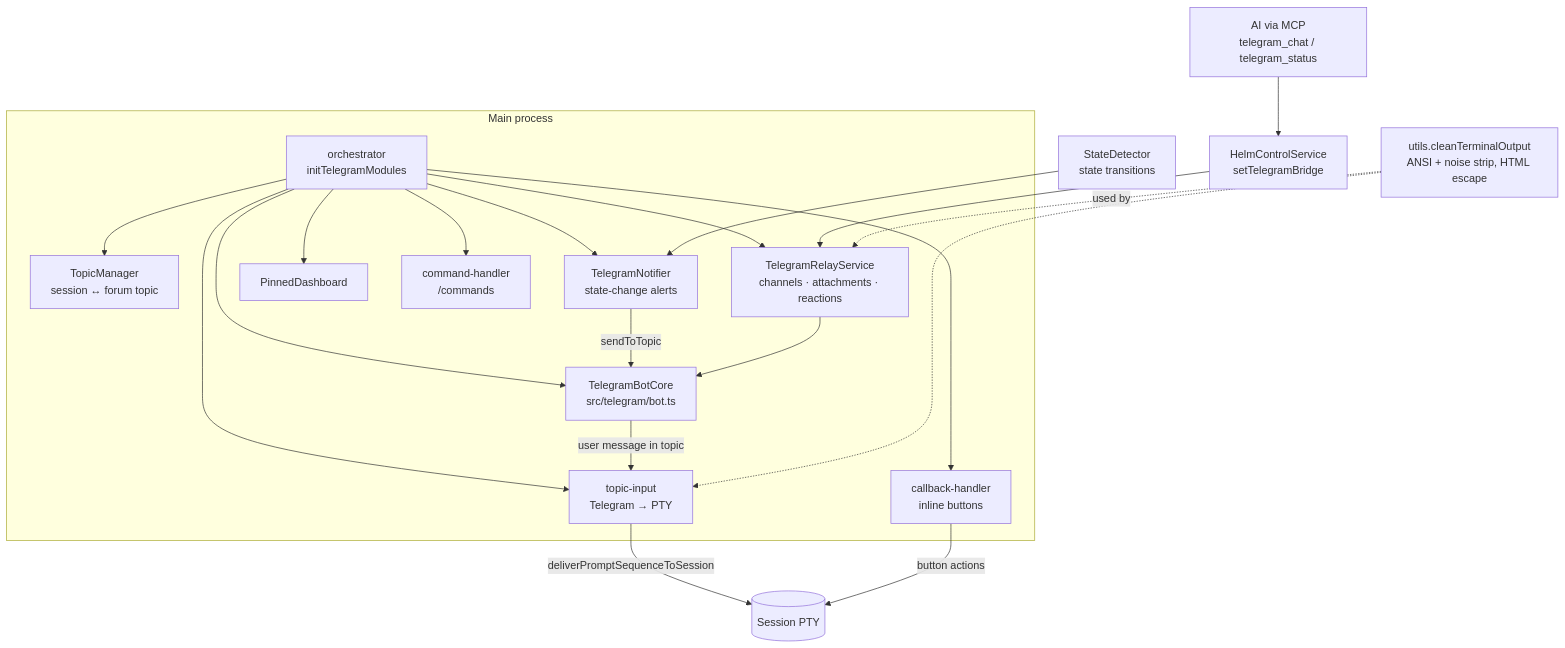
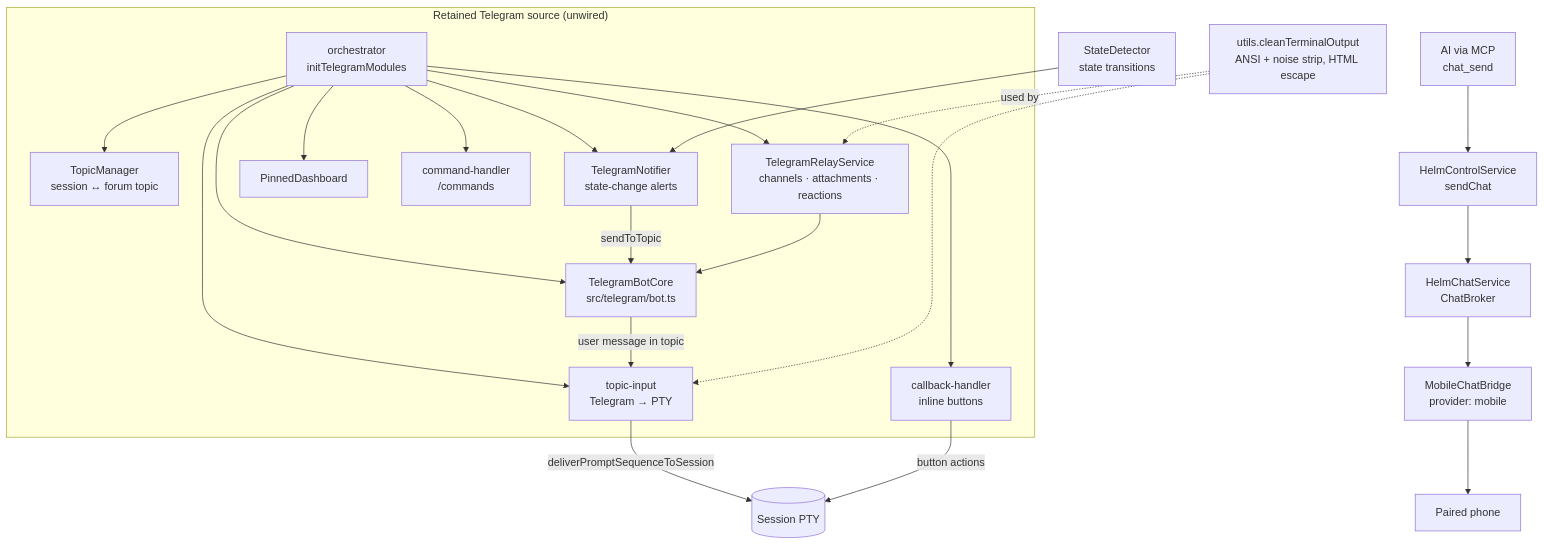
The first of 2 diagrams in docs/telegram-mirror.md (PetePeter/helm), drawn with Mermaid before and after one commit. The commit also changed other lines of this file and 47 other files, not shown here.

First line of the commit message:
refactor(mcp): remove Telegram MCP tools, IPC and preload channels (P-1185)

````diff
--- a/docs/telegram-mirror.md
+++ b/docs/telegram-mirror.md
@@ -35,24 +38,25 @@
 ```mermaid
 graph TB
-    subgraph Main["Main process"]
+    subgraph Main["Retained Telegram source (unwired)"]
         BOT["TelegramBotCore<br/>src/telegram/bot.ts"]
         TM["TopicManager<br/>session ↔ forum topic"]
         NOTIF["TelegramNotifier<br/>state-change alerts"]
         RELAY["TelegramRelayService<br/>channels · attachments · reactions"]
         DASH["PinnedDashboard"]
         TI["topic-input<br/>Telegram → PTY"]
         CB["callback-handler<br/>inline buttons"]
         CH["command-handler<br/>/commands"]
         ORCH["orchestrator<br/>initTelegramModules"]
         ORCH --> BOT & TM & NOTIF & RELAY & DASH & TI & CB & CH
     end
     SD["StateDetector<br/>state transitions"] --> NOTIF
     NOTIF -->|"sendToTopic"| BOT
-    AI["AI via MCP<br/>telegram_chat / telegram_status"] --> HCS["HelmControlService<br/>setTelegramBridge"] --> RELAY
+    AI["AI via MCP<br/>chat_send"] --> HCS["HelmControlService<br/>sendChat"] --> CHAT["HelmChatService<br/>ChatBroker"]
+    CHAT --> MOB["MobileChatBridge<br/>provider: mobile"] --> PHONE["Paired phone"]
     RELAY --> BOT
     BOT -->|"user message in topic"| TI
     TI -->|"deliverPromptSequenceToSession"| PTY[(Session PTY)]
     CB -->|"button actions"| PTY
     UTIL["utils.cleanTerminalOutput<br/>ANSI + noise strip, HTML escape"] -.used by.-> RELAY
     UTIL -.-> TI
 ```
````
